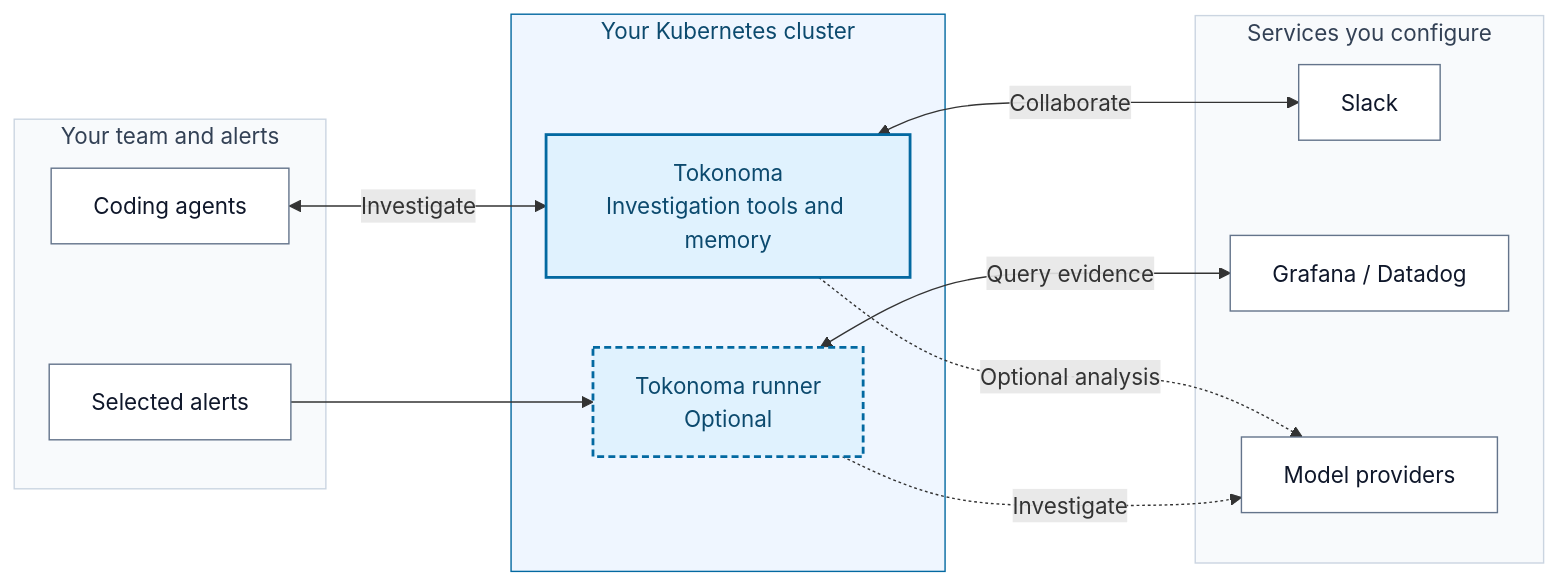
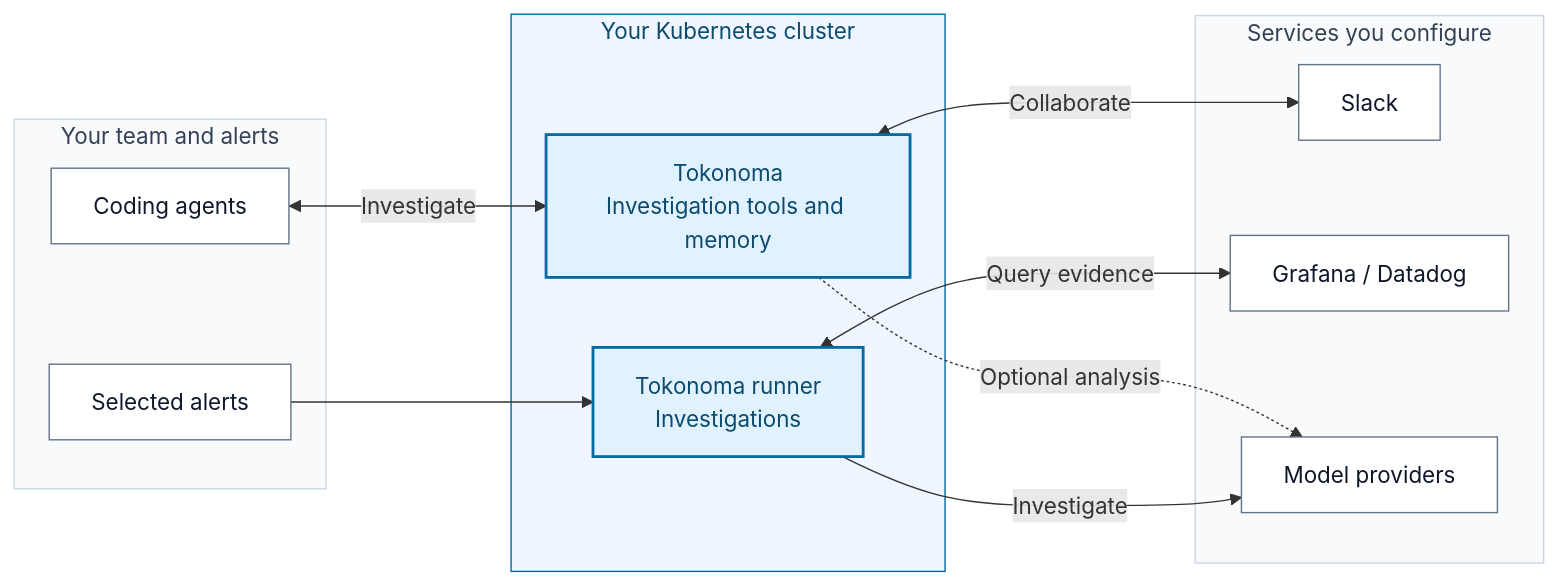
One commit to tokonoma-ai/tokonoma-docs changed the diagram in README.md. Above: the diagram before and after it, drawn with Mermaid. The commit also changed other lines of this file and 14 other files, not shown here.

````diff
--- a/README.md
+++ b/README.md
@@ -7,34 +7,32 @@
 ```mermaid
 flowchart LR
   accTitle: Tokonoma in your environment
-  accDescr: Coding agents connect to Tokonoma, and selected alerts reach the optional Tokonoma runner. Both run in your Kubernetes cluster. Tokonoma connects to Slack and optional model features. The runner queries configured observability tools and its model provider. This is a capability overview, not a map of internal services.
+  accDescr: Coding agents connect to Tokonoma, and selected alerts reach the required Tokonoma runner. Both run in your Kubernetes cluster. Tokonoma connects to Slack and optional model features. The runner queries configured observability tools and its model provider. This is a capability overview, not a map of internal services.
   subgraph Inputs["Your team and alerts"]
     Agents["Coding agents"]
     Alerts["Selected alerts"]
   end
   subgraph Cluster["Your Kubernetes cluster"]
     Tokonoma["Tokonoma<br/>Investigation tools and memory"]
-    Runner["Tokonoma runner<br/>Optional"]
+    Runner["Tokonoma runner<br/>Investigations"]
   end
   subgraph Connections["Services you configure"]
     Slack["Slack"]
     Tools["Grafana / Datadog"]
     Models["Model providers"]
   end
   Agents <-->|"Investigate"| Tokonoma
   Alerts --> Runner
   Tokonoma <-->|"Collaborate"| Slack
   Runner <-->|"Query evidence"| Tools
   Tokonoma -.->|"Optional analysis"| Models
-  Runner -.->|"Investigate"| Models
+  Runner -->|"Investigate"| Models
 
   classDef service fill:#e0f2fe,stroke:#0369a1,color:#0c4a6e,stroke-width:2px
-  classDef optional fill:#e0f2fe,stroke:#0369a1,color:#0c4a6e,stroke-width:2px,stroke-dasharray:5 3
   classDef external fill:#fff,stroke:#64748b,color:#0f172a
-  class Tokonoma service
-  class Runner optional
+  class Tokonoma,Runner service
   class Agents,Alerts,Slack,Tools,Models external
   style Cluster fill:#eff6ff,stroke:#0369a1,color:#0c4a6e
   style Inputs fill:#f8fafc,stroke:#cbd5e1,color:#334155
   style Connections fill:#f8fafc,stroke:#cbd5e1,color:#334155
 ```
````
